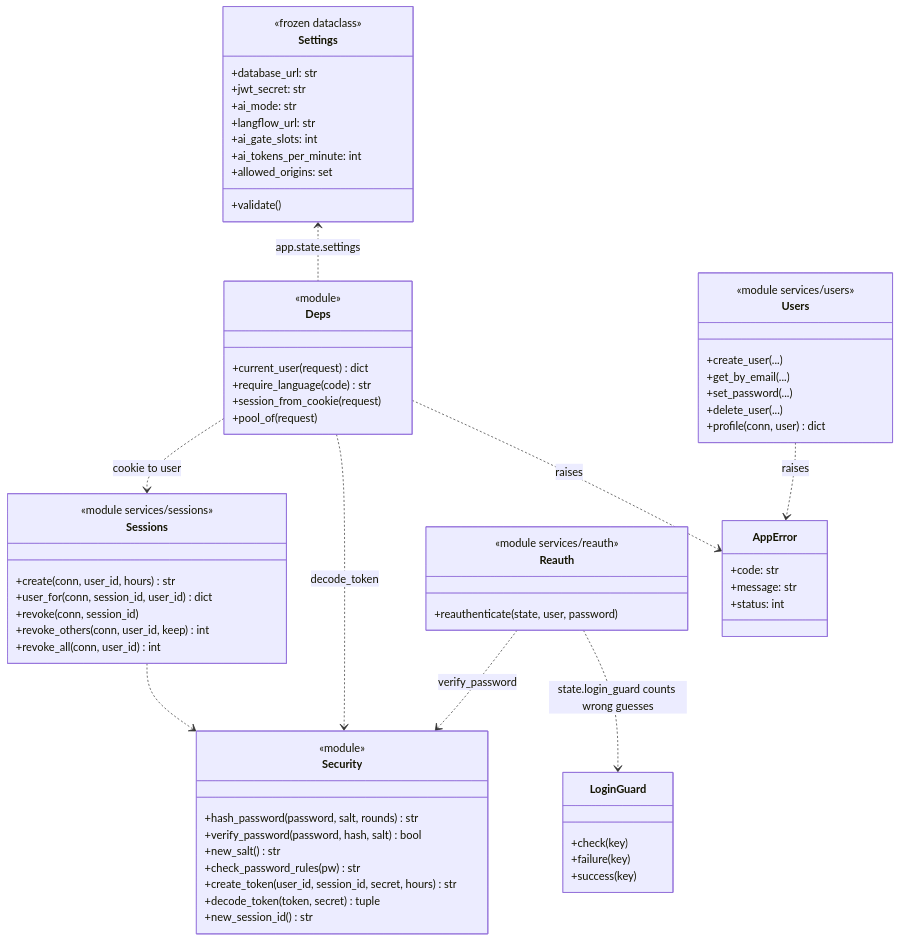
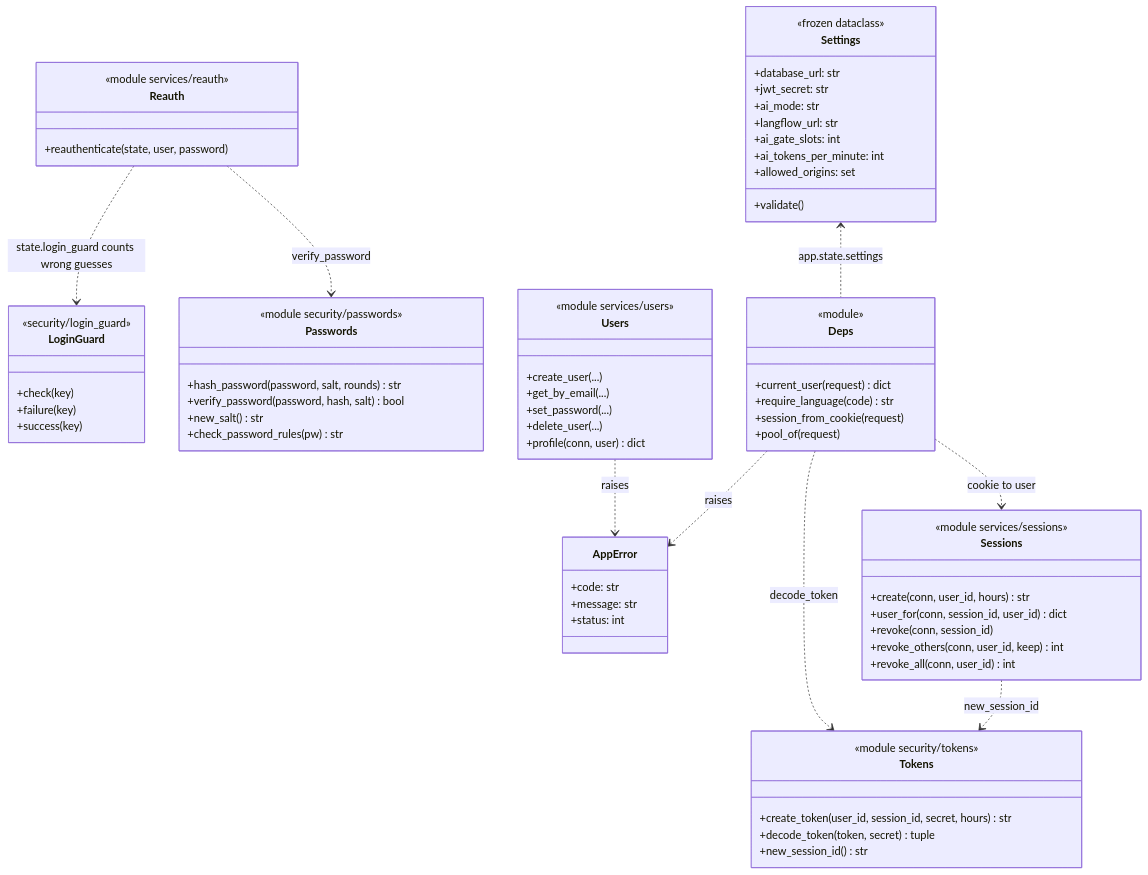
One commit to stanley-yang-2001/bpllc_project changed the fourth of 6 diagrams in docs/class-diagram-backend.md. Above: the diagram before and after it, drawn with Mermaid. The commit also changed other lines of this file and 4 other files, not shown here.

First line of the commit message:
Docs: class diagrams and design notes follow the B1 to B12 and F1 to F9 splits

````diff
--- a/docs/class-diagram-backend.md
+++ b/docs/class-diagram-backend.md
@@ -231,70 +274,74 @@
 ```mermaid
 classDiagram
     class Settings {
         <<frozen dataclass>>
         +database_url: str
         +jwt_secret: str
         +ai_mode: str
         +langflow_url: str
         +ai_gate_slots: int
         +ai_tokens_per_minute: int
         +allowed_origins: set
         +validate()
     }
     class LoginGuard {
+        <<security/login_guard>>
         +check(key)
         +failure(key)
         +success(key)
     }
-    class Security {
-        <<module>>
+    class Passwords {
+        <<module security/passwords>>
         +hash_password(password, salt, rounds) str
         +verify_password(password, hash, salt) bool
         +new_salt() str
         +check_password_rules(pw) str
+    }
+    class Tokens {
+        <<module security/tokens>>
         +create_token(user_id, session_id, secret, hours) str
         +decode_token(token, secret) tuple
         +new_session_id() str
     }
     class AppError {
         +code: str
         +message: str
         +status: int
     }
     class Deps {
         <<module>>
         +current_user(request) dict
         +require_language(code) str
         +session_from_cookie(request)
         +pool_of(request)
     }
     class Sessions {
         <<module services/sessions>>
         +create(conn, user_id, hours) str
         +user_for(conn, session_id, user_id) dict
         +revoke(conn, session_id)
         +revoke_others(conn, user_id, keep) int
         +revoke_all(conn, user_id) int
     }
     class Reauth {
         <<module services/reauth>>
         +reauthenticate(state, user, password)
     }
     class Users {
         <<module services/users>>
         +create_user(...)
         +get_by_email(...)
         +set_password(...)
         +delete_user(...)
         +profile(conn, user) dict
     }
 
     Deps ..> Sessions : cookie to user
-    Deps ..> Security : decode_token
-    Reauth ..> Security : verify_password
+    Deps ..> Tokens : decode_token
+    Reauth ..> Passwords : verify_password
     Reauth ..> LoginGuard : state.login_guard counts wrong guesses
-    Sessions ..> Security
+    Sessions ..> Tokens : new_session_id
     Users ..> AppError : raises
     Deps ..> AppError : raises
     Settings <.. Deps : app.state.settings
 ```
````
